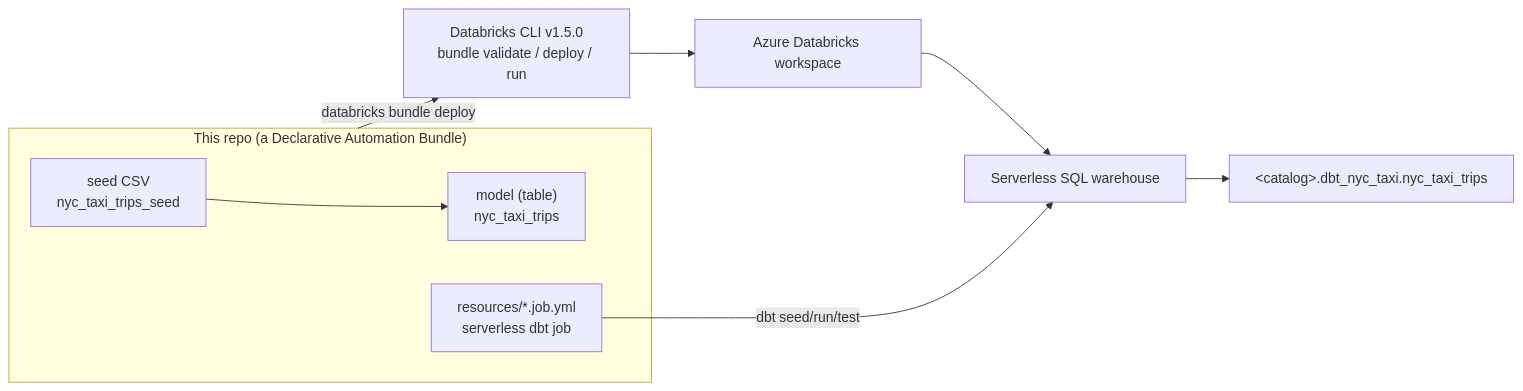
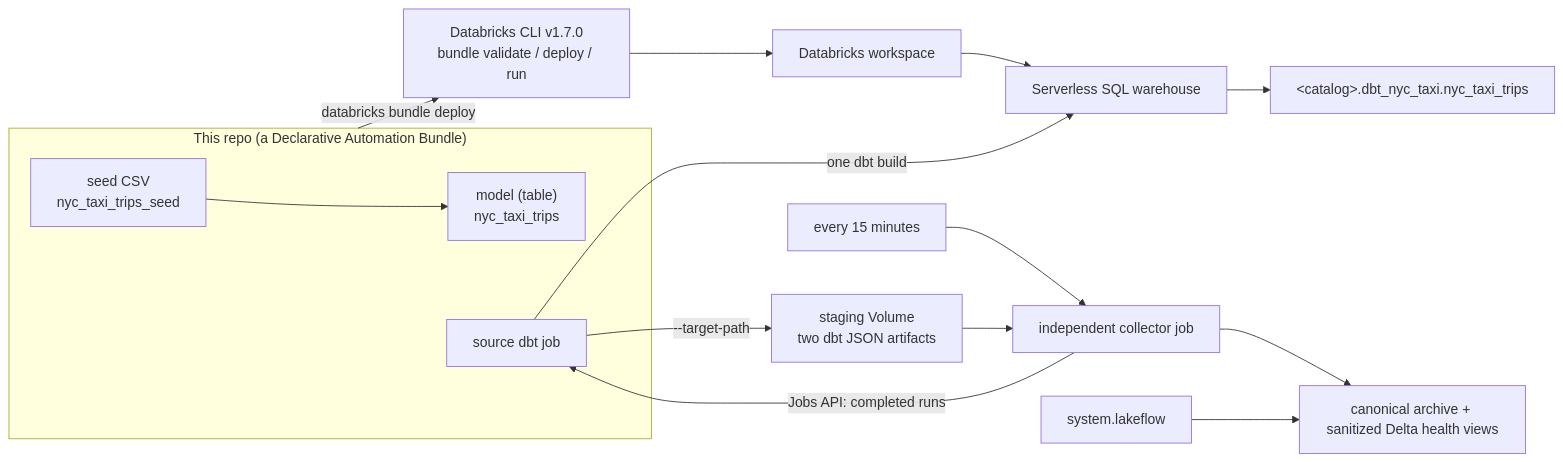
The diagram in README.md (MiguelElGallo/bricks-cli), drawn with Mermaid before and after one commit. The commit also changed other lines of this file and 35 other files, not shown here.

First line of the commit message:
Add Databricks-native dbt observability (#3)

````diff
--- a/README.md
+++ b/README.md
@@ -17,15 +25,21 @@
 ```mermaid
 flowchart LR
     subgraph repo["This repo (a Declarative Automation Bundle)"]
         seed["seed CSV<br/>nyc_taxi_trips_seed"]
         model["model (table)<br/>nyc_taxi_trips"]
-        job["resources/*.job.yml<br/>serverless dbt job"]
+        job["source dbt job"]
         seed --> model
     end
-    cli["Databricks CLI v1.5.0<br/>bundle validate / deploy / run"]
+    cli["Databricks CLI v1.7.0<br/>bundle validate / deploy / run"]
     repo -->|databricks bundle deploy| cli
-    cli --> ws["Azure Databricks workspace"]
+    cli --> ws["Databricks workspace"]
     ws --> wh["Serverless SQL warehouse"]
-    job -->|dbt seed/run/test| wh
+    job -->|"one dbt build"| wh
     wh --> tbl["&lt;catalog&gt;.dbt_nyc_taxi.nyc_taxi_trips"]
+    job -->|"--target-path"| staging["staging Volume<br/>two dbt JSON artifacts"]
+    schedule["every 15 minutes"] --> collector["independent collector job"]
+    collector -->|"Jobs API: completed runs"| job
+    staging --> collector
+    collector --> evidence["canonical archive + sanitized Delta health views"]
+    system["system.lakeflow"] --> evidence
 ```
````
